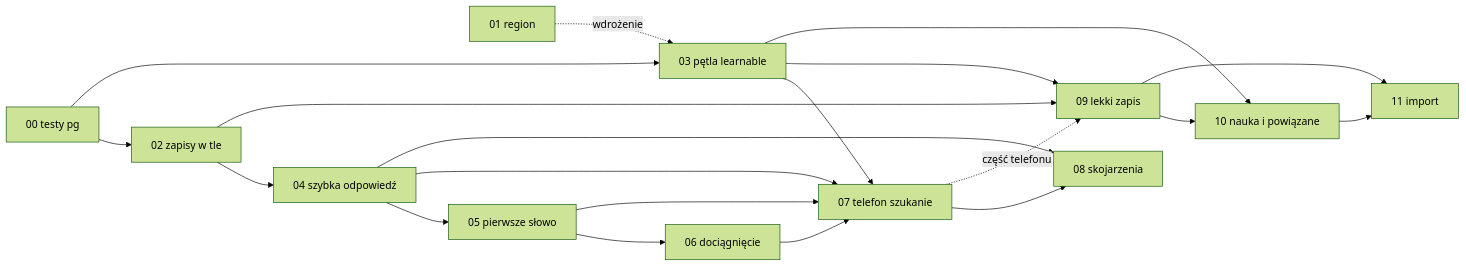
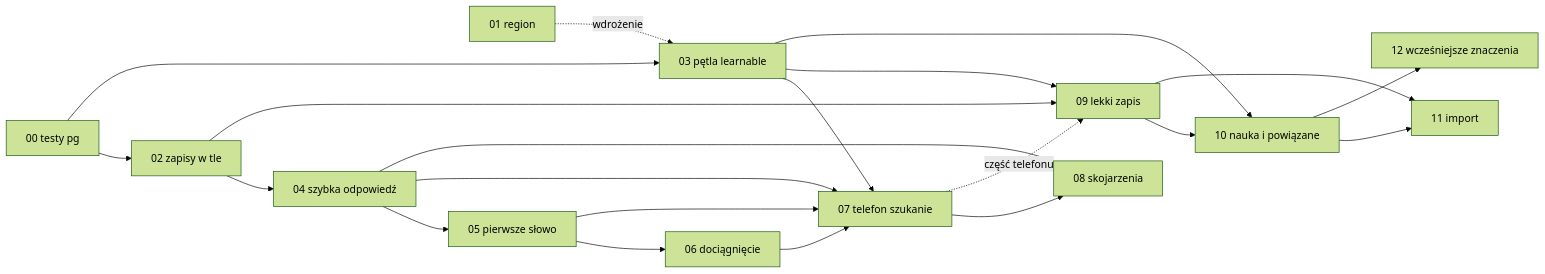
Before and after one commit to stepienov/vocabulario: the diagram in docs/taski/README.md, drawn with Mermaid (forest theme). The commit also changed other lines of this file and 47 other files, not shown here.

````diff
--- a/docs/taski/README.md
+++ b/docs/taski/README.md
@@ -85,22 +86,23 @@
 ```mermaid
 flowchart LR
     T00[00 testy pg] --> T02[02 zapisy w tle]
     T00 --> T03[03 pętla learnable]
     T01[01 region] -. wdrożenie .-> T03
     T02 --> T04[04 szybka odpowiedź]
     T04 --> T05[05 pierwsze słowo]
     T05 --> T06[06 dociągnięcie]
     T04 --> T07[07 telefon szukanie]
     T05 --> T07
     T06 --> T07
     T03 --> T07
     T07 --> T08[08 skojarzenia]
     T04 --> T08
     T02 --> T09[09 lekki zapis]
     T03 --> T09
     T07 -. część telefonu .-> T09
     T09 --> T10[10 nauka i powiązane]
     T03 --> T10
     T10 --> T11[11 import]
     T09 --> T11
+    T10 --> T12[12 wcześniejsze znaczenia]
 ```
````
